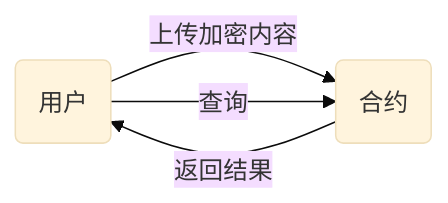
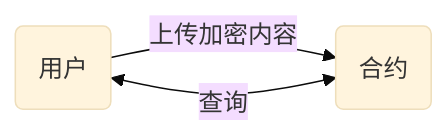
Before and after one commit to MoyunRz/store-data: the first of 5 diagrams in doc/合约存取共享.md, drawn with Mermaid (base theme). The commit also changed 3 other files, not shown here.

````diff
--- a/doc/合约存取共享.md
+++ b/doc/合约存取共享.md
@@ -17,6 +17,5 @@
 ```mermaid
 graph LR
     A(用户) -->|上传加密内容| B(合约)
-    A -->|查询| B
-    B -->|返回结果| A
+    A <-->|查询| B
 ```
````
